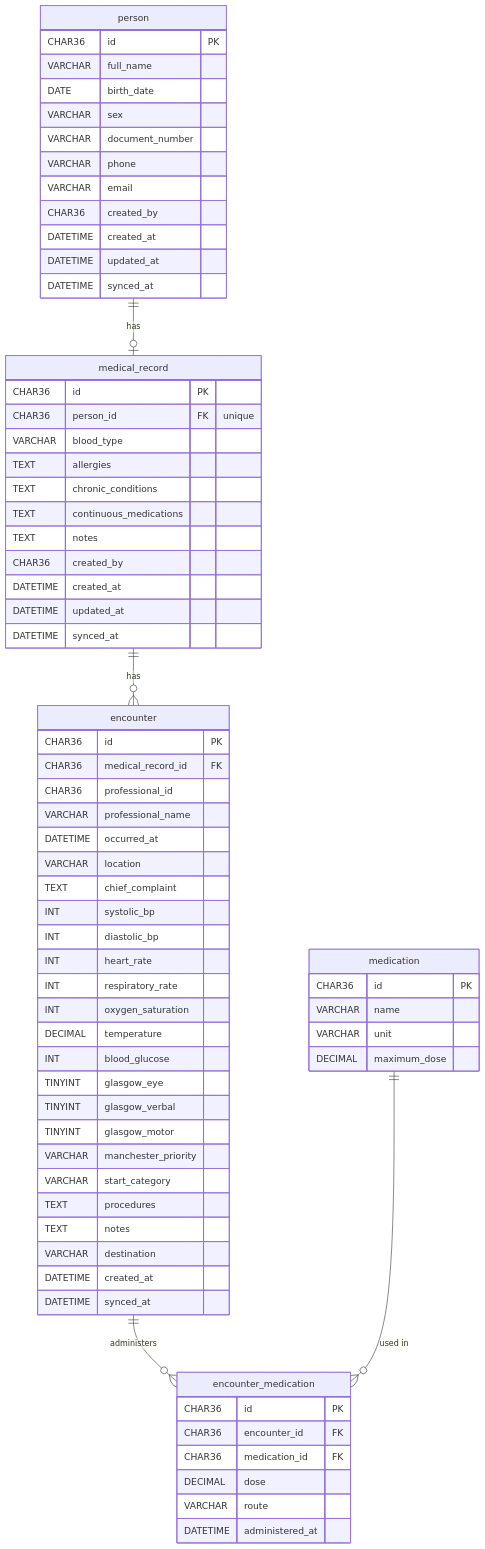
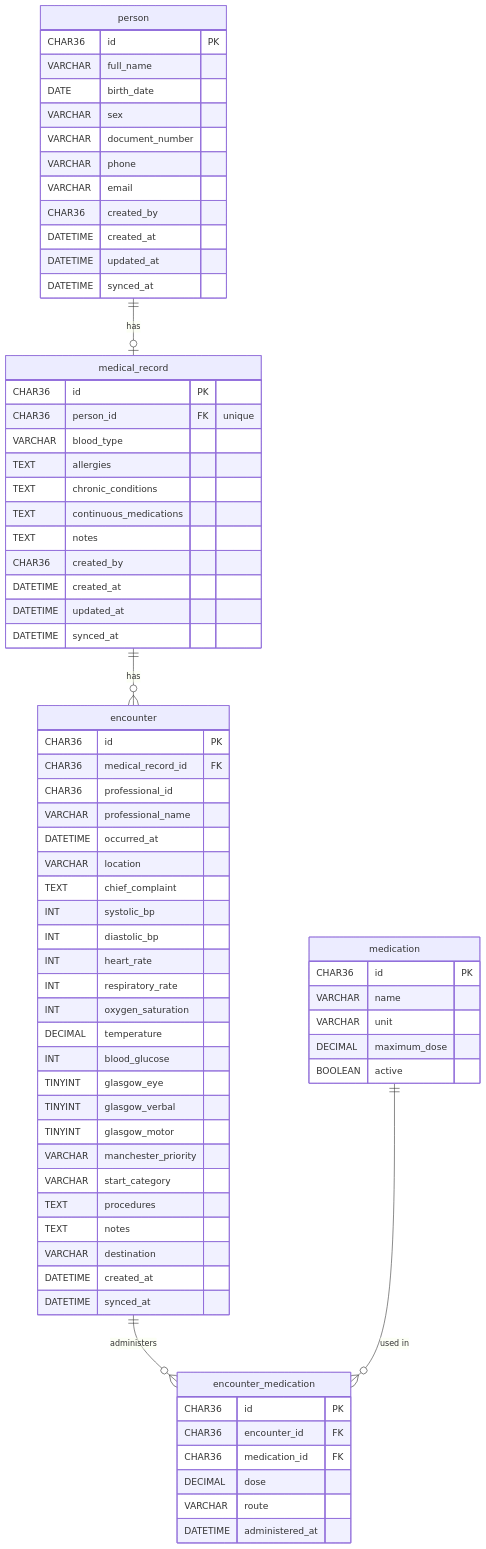
One commit to GustavoRizzonKlein/MedicalField changed the diagram in docs/DATABASE.md. Above: the diagram before and after it, drawn with Mermaid. The commit also changed other lines of this file and 22 other files, not shown here.

````diff
--- a/docs/DATABASE.md
+++ b/docs/DATABASE.md
@@ -8,74 +8,75 @@
 ```mermaid
 erDiagram
     person ||--o| medical_record : has
     medical_record ||--o{ encounter : has
     encounter ||--o{ encounter_medication : administers
     medication ||--o{ encounter_medication : "used in"
 
     person {
         CHAR36 id PK
         VARCHAR full_name
         DATE birth_date
         VARCHAR sex
         VARCHAR document_number
         VARCHAR phone
         VARCHAR email
         CHAR36 created_by
         DATETIME created_at
         DATETIME updated_at
         DATETIME synced_at
     }
     medical_record {
         CHAR36 id PK
         CHAR36 person_id FK "unique"
         VARCHAR blood_type
         TEXT allergies
         TEXT chronic_conditions
         TEXT continuous_medications
         TEXT notes
         CHAR36 created_by
         DATETIME created_at
         DATETIME updated_at
         DATETIME synced_at
     }
     encounter {
         CHAR36 id PK
         CHAR36 medical_record_id FK
         CHAR36 professional_id
         VARCHAR professional_name
         DATETIME occurred_at
         VARCHAR location
         TEXT chief_complaint
         INT systolic_bp
         INT diastolic_bp
         INT heart_rate
         INT respiratory_rate
         INT oxygen_saturation
         DECIMAL temperature
         INT blood_glucose
         TINYINT glasgow_eye
         TINYINT glasgow_verbal
         TINYINT glasgow_motor
         VARCHAR manchester_priority
         VARCHAR start_category
         TEXT procedures
         TEXT notes
         VARCHAR destination
         DATETIME created_at
         DATETIME synced_at
     }
     encounter_medication {
         CHAR36 id PK
         CHAR36 encounter_id FK
         CHAR36 medication_id FK
         DECIMAL dose
         VARCHAR route
         DATETIME administered_at
     }
     medication {
         CHAR36 id PK
         VARCHAR name
         VARCHAR unit
         DECIMAL maximum_dose
+        BOOLEAN active
     }
 ```
````
